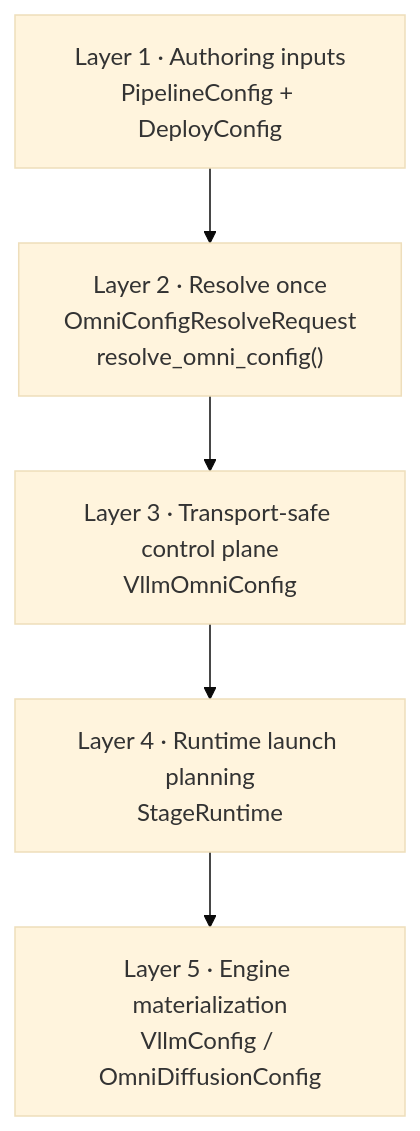
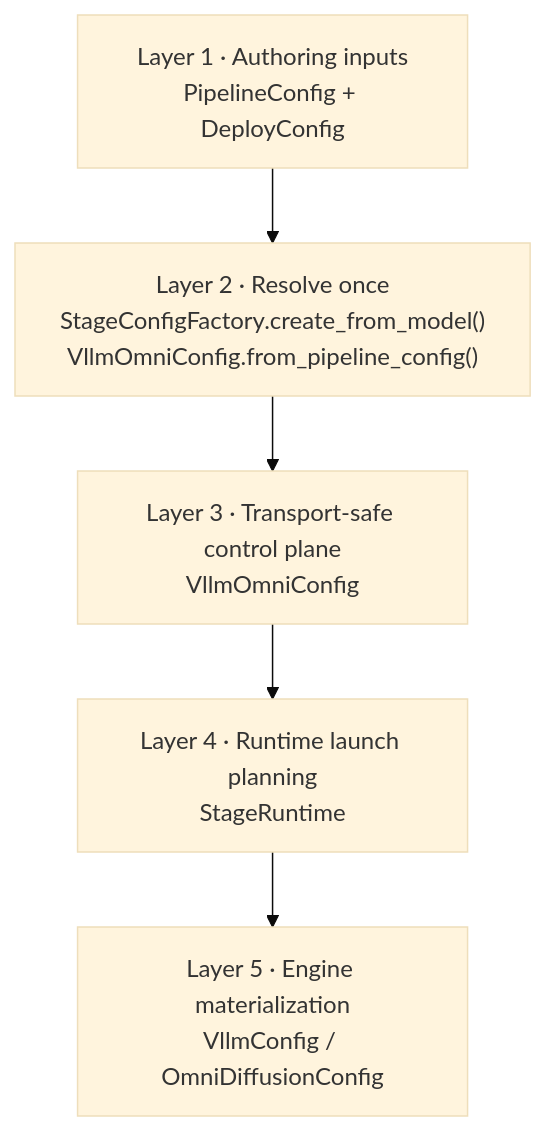
The second of 3 diagrams in docs/design/architecture_overview.md (0z5a/vllm-omni), drawn with Mermaid (base theme) before and after one commit. The commit also changed other lines of this file, not shown here.

Commit message:
docs: address architecture review feedback

````diff
--- a/docs/design/architecture_overview.md
+++ b/docs/design/architecture_overview.md
@@ -321,10 +323,10 @@
 ```mermaid
 flowchart TB
     layer1["Layer 1 · Authoring inputs<br/>PipelineConfig + DeployConfig"]
-    layer2["Layer 2 · Resolve once<br/>OmniConfigResolveRequest<br/>resolve_omni_config()"]
+    layer2["Layer 2 · Resolve once<br/>StageConfigFactory.create_from_model()<br/>VllmOmniConfig.from_pipeline_config()"]
     layer3["Layer 3 · Transport-safe control plane<br/>VllmOmniConfig"]
     layer4["Layer 4 · Runtime launch planning<br/>StageRuntime"]
     layer5["Layer 5 · Engine materialization<br/>VllmConfig / OmniDiffusionConfig"]
 
     layer1 --> layer2 --> layer3 --> layer4 --> layer5
 ```
````
